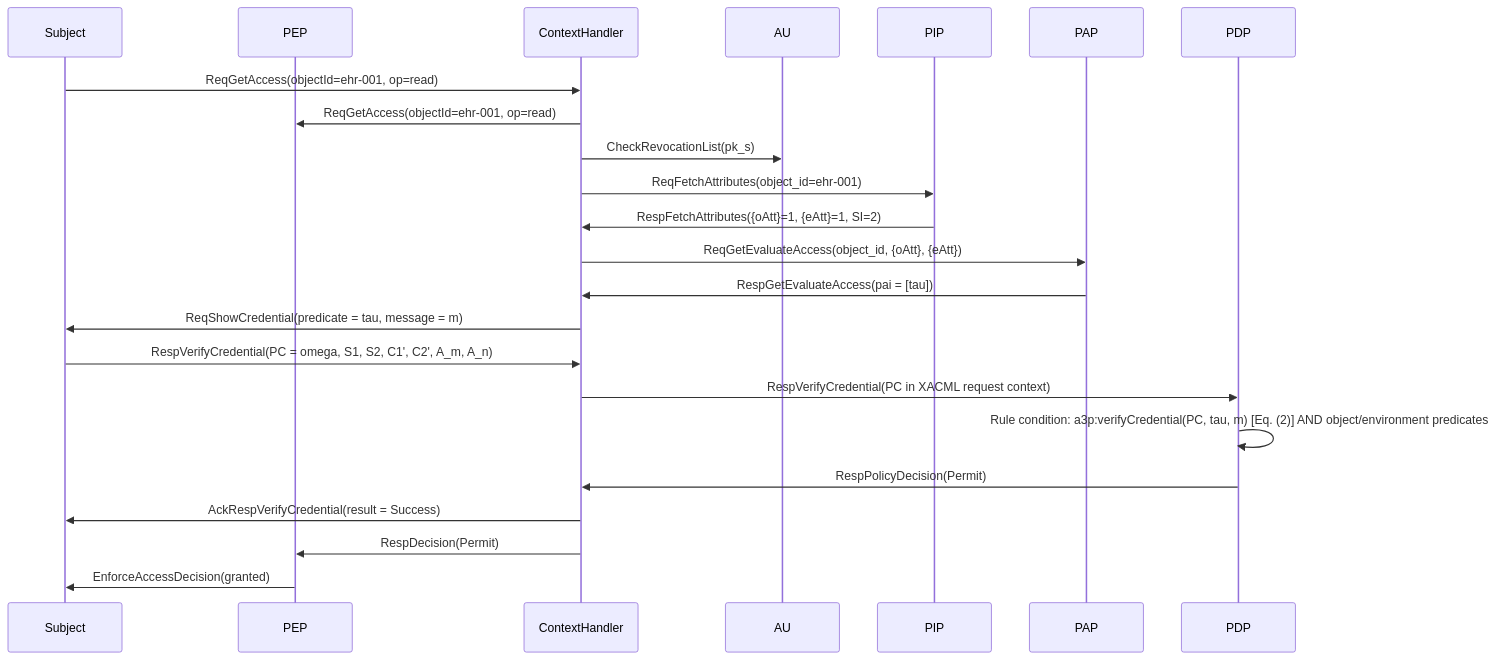
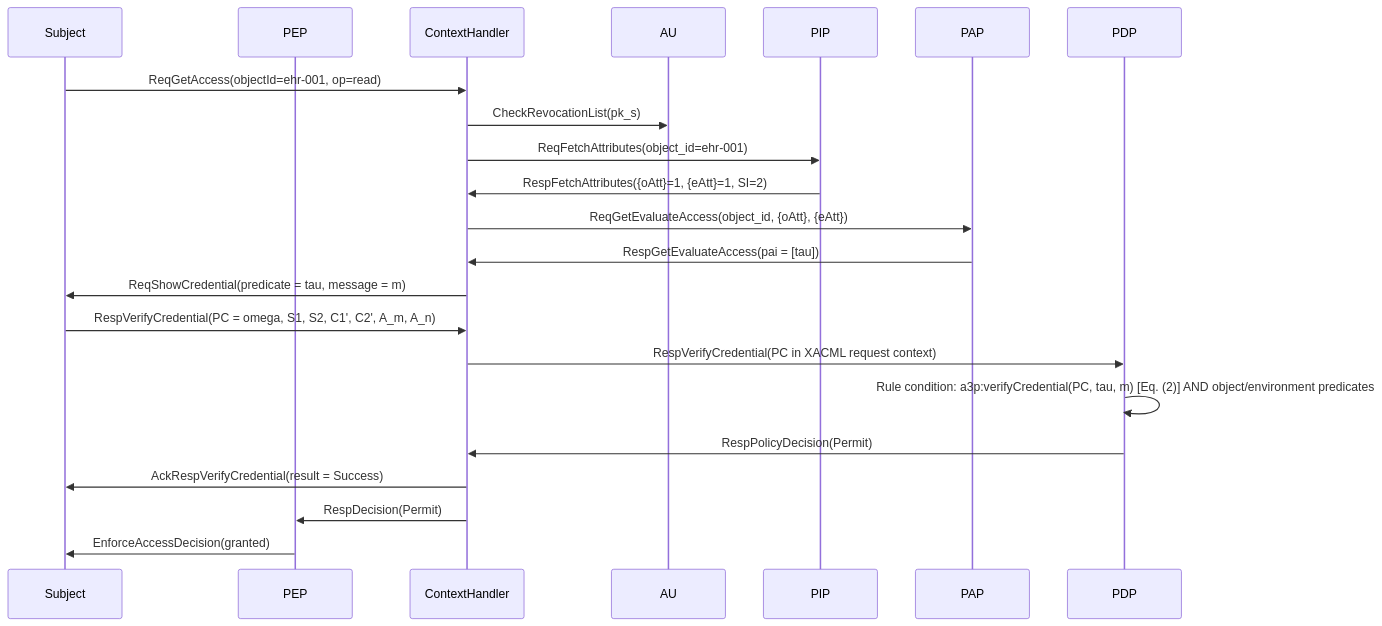
One commit to gayatrikc89/A3P-FACS_POC_SOURCE changed the third of 3 diagrams in API_XACML.md. Above: the diagram before and after it, drawn with Mermaid. The commit also changed other lines of this file, not shown here.

````diff
--- a/API_XACML.md
+++ b/API_XACML.md
@@ -206,25 +210,24 @@
 ```mermaid
 sequenceDiagram
     participant S as Subject
     participant PEP
     participant CH as ContextHandler
     participant AU
     participant PIP
     participant PAP
     participant PDP
     S->>CH: ReqGetAccess(objectId=ehr-001, op=read)
-    CH->>PEP: ReqGetAccess(objectId=ehr-001, op=read)
     CH->>AU: CheckRevocationList(pk_s)
     CH->>PIP: ReqFetchAttributes(object_id=ehr-001)
     PIP->>CH: RespFetchAttributes({oAtt}=1, {eAtt}=1, SI=2)
     CH->>PAP: ReqGetEvaluateAccess(object_id, {oAtt}, {eAtt})
     PAP->>CH: RespGetEvaluateAccess(pai = [tau])
     CH->>S: ReqShowCredential(predicate = tau, message = m)
     S->>CH: RespVerifyCredential(PC = omega, S1, S2, C1', C2', A_m, A_n)
     CH->>PDP: RespVerifyCredential(PC in XACML request context)
     PDP->>PDP: Rule condition: a3p:verifyCredential(PC, tau, m) [Eq. (2)] AND object/environment predicates
     PDP->>CH: RespPolicyDecision(Permit)
     CH->>S: AckRespVerifyCredential(result = Success)
     CH->>PEP: RespDecision(Permit)
     PEP->>S: EnforceAccessDecision(granted)
 ```
````
